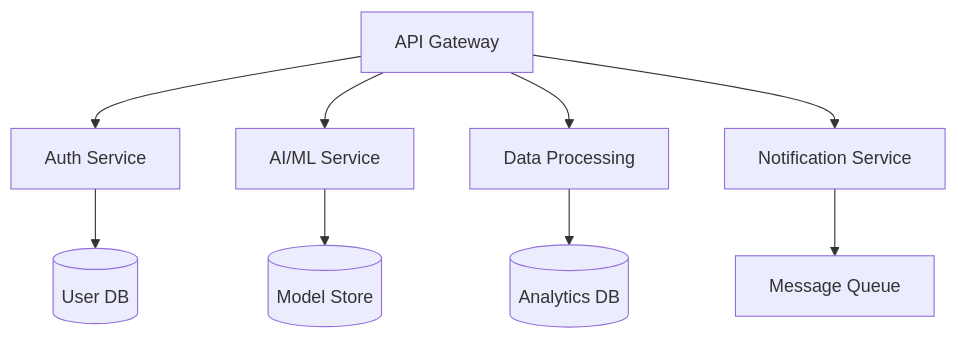
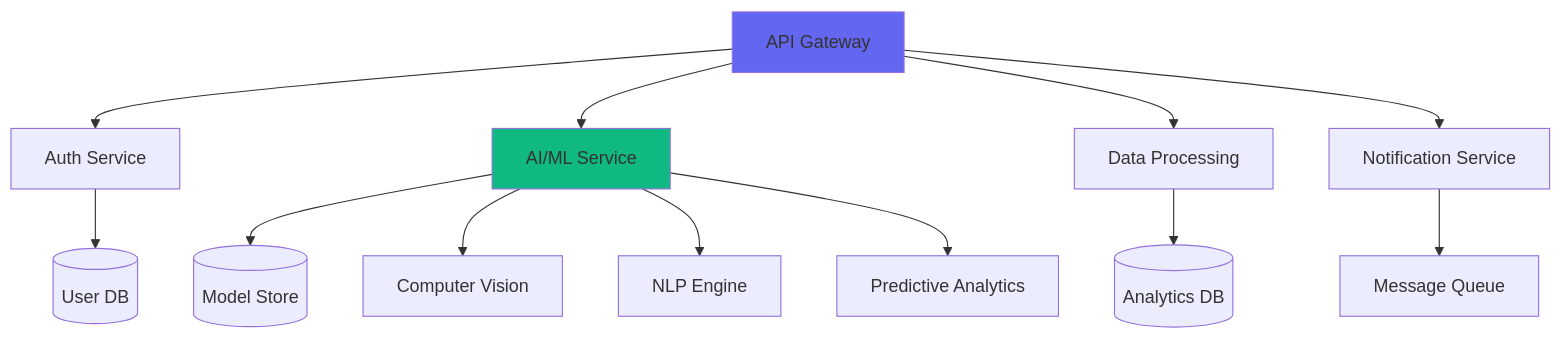
Before and after one commit to tarxemo/tarxemo: the diagram in README.md, drawn with Mermaid. The commit also changed other lines of this file, not shown here.

````diff
--- a/README.md
+++ b/README.md
@@ -167,11 +177,19 @@
 ```mermaid
 graph TB
     A[API Gateway] --> B[Auth Service]
     A --> C[AI/ML Service]
     A --> D[Data Processing]
     A --> E[Notification Service]
+    
     B --> F[(User DB)]
     C --> G[(Model Store)]
     D --> H[(Analytics DB)]
     E --> I[Message Queue]
+    
+    C --> J[Computer Vision]
+    C --> K[NLP Engine]
+    C --> L[Predictive Analytics]
+    
+    style A fill:#6366f1
+    style C fill:#10b981
 ```
````
